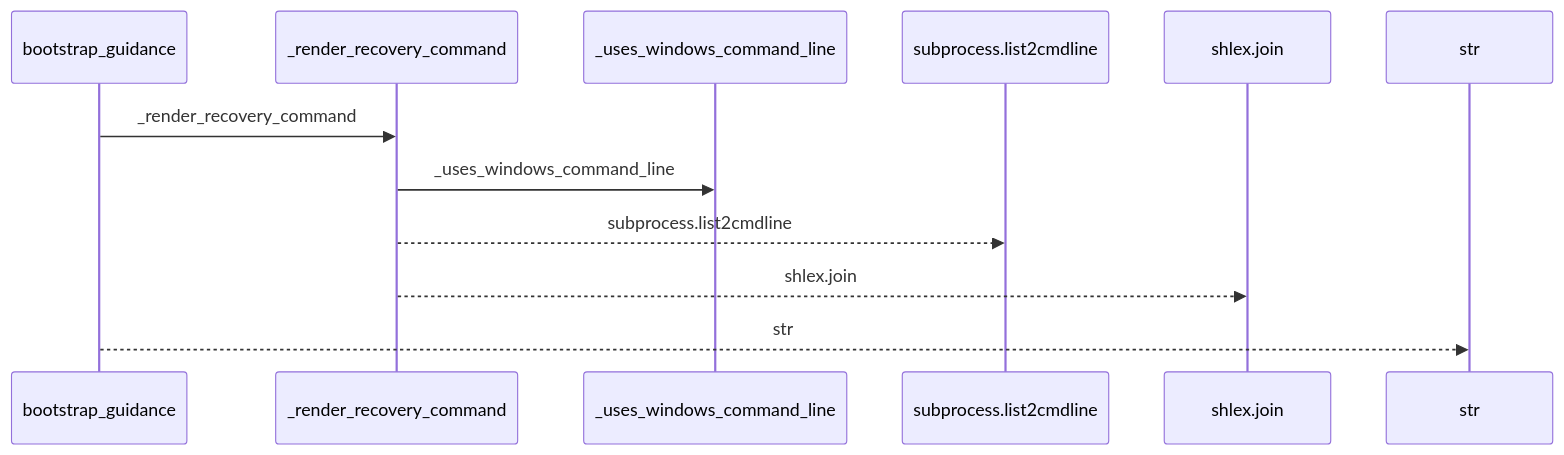
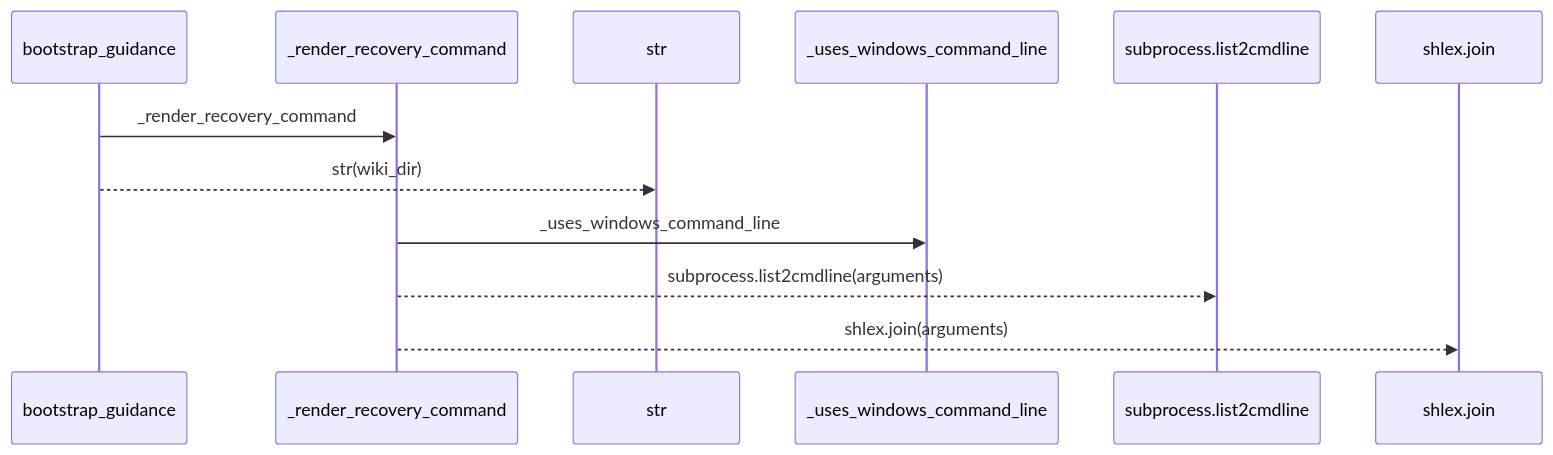
The first of 2 diagrams in docs/llm_wiki/flows/api-bootstrap_guidance.md (Denissvgn/python-wiki-llm), drawn with Mermaid before and after one commit. The commit also changed other lines of this file and 1410 other files, not shown here.

````diff
--- a/docs/llm_wiki/flows/api-bootstrap_guidance.md
+++ b/docs/llm_wiki/flows/api-bootstrap_guidance.md
@@ -10,14 +12,14 @@
 ```mermaid
 sequenceDiagram
     participant p0 as bootstrap_guidance
     participant p1 as _render_recovery_command
-    participant p2 as _uses_windows_command_line
-    participant p3 as subprocess.list2cmdline
-    participant p4 as shlex.join
-    participant p5 as str
+    participant p2 as str
+    participant p3 as _uses_windows_command_line
+    participant p4 as subprocess.list2cmdline
+    participant p5 as shlex.join
     p0->>p1: _render_recovery_command
-    p1->>p2: _uses_windows_command_line
-    p1-->>p3: subprocess.list2cmdline
-    p1-->>p4: shlex.join
-    p0-->>p5: str
+    p0-->>p2: str(wiki_dir)
+    p1->>p3: _uses_windows_command_line
+    p1-->>p4: subprocess.list2cmdline(arguments)
+    p1-->>p5: shlex.join(arguments)
 ```
````
